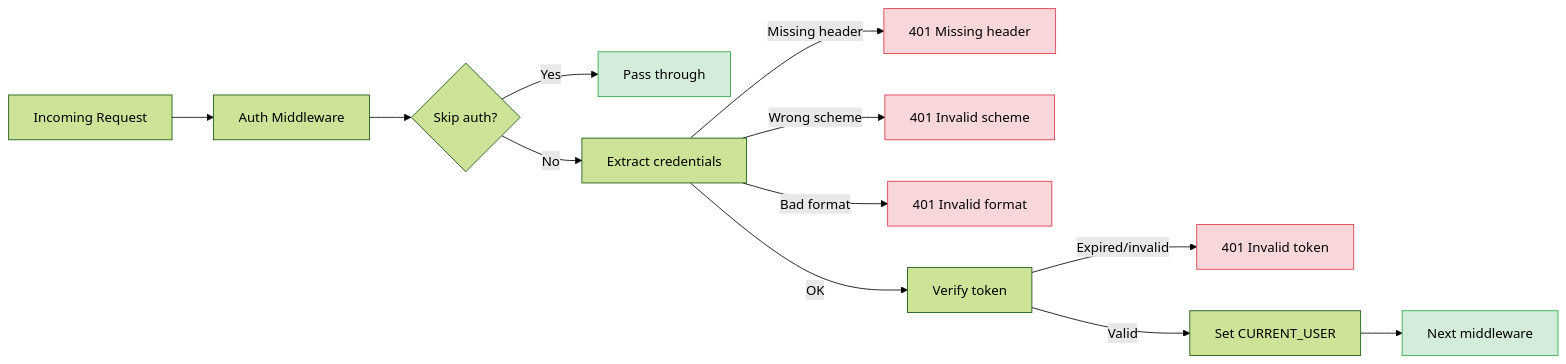
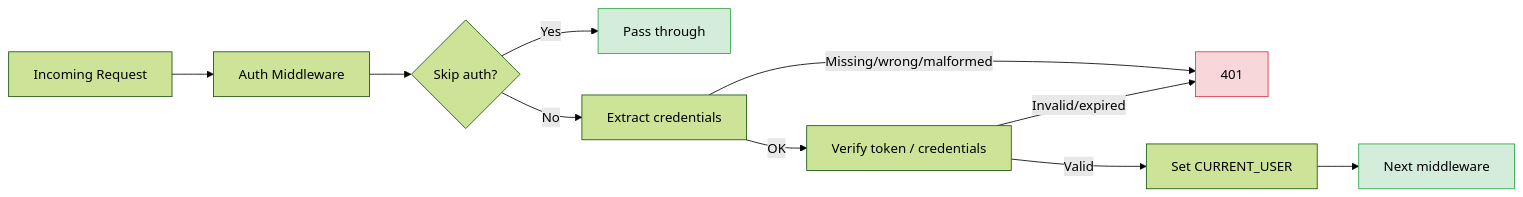
One commit to VENIZIA-AI/ignis changed the first of 2 diagrams in docs/wiki/content/extensions/components/authentication/errors.md. Above: the diagram before and after it, drawn with Mermaid (forest theme). The commit also changed other lines of this file and 233 other files, not shown here.

````diff
--- a/docs/wiki/content/extensions/components/authentication/errors.md
+++ b/docs/wiki/content/extensions/components/authentication/errors.md
@@ -7,21 +16,16 @@
 ```mermaid
 flowchart LR
     REQ["Incoming Request"] --> MW["Auth Middleware"]
     MW --> SKIP{"Skip auth?"}
     SKIP -->|"Yes"| PASS["Pass through"]
     SKIP -->|"No"| EXTRACT["Extract credentials"]
-    EXTRACT -->|"Missing header"| E401A["401 Missing header"]
-    EXTRACT -->|"Wrong scheme"| E401B["401 Invalid scheme"]
-    EXTRACT -->|"Bad format"| E401C["401 Invalid format"]
-    EXTRACT -->|"OK"| VERIFY["Verify token"]
-    VERIFY -->|"Expired/invalid"| E401D["401 Invalid token"]
+    EXTRACT -->|"Missing/wrong/malformed"| E401["401"]
+    EXTRACT -->|"OK"| VERIFY["Verify token / credentials"]
+    VERIFY -->|"Invalid/expired"| E401
     VERIFY -->|"Valid"| USER["Set CURRENT_USER"]
     USER --> NEXT["Next middleware"]
 
-    style E401A fill:#f8d7da,stroke:#dc3545
-    style E401B fill:#f8d7da,stroke:#dc3545
-    style E401C fill:#f8d7da,stroke:#dc3545
-    style E401D fill:#f8d7da,stroke:#dc3545
+    style E401 fill:#f8d7da,stroke:#dc3545
     style PASS fill:#d4edda,stroke:#28a745
     style NEXT fill:#d4edda,stroke:#28a745
 ```
````
